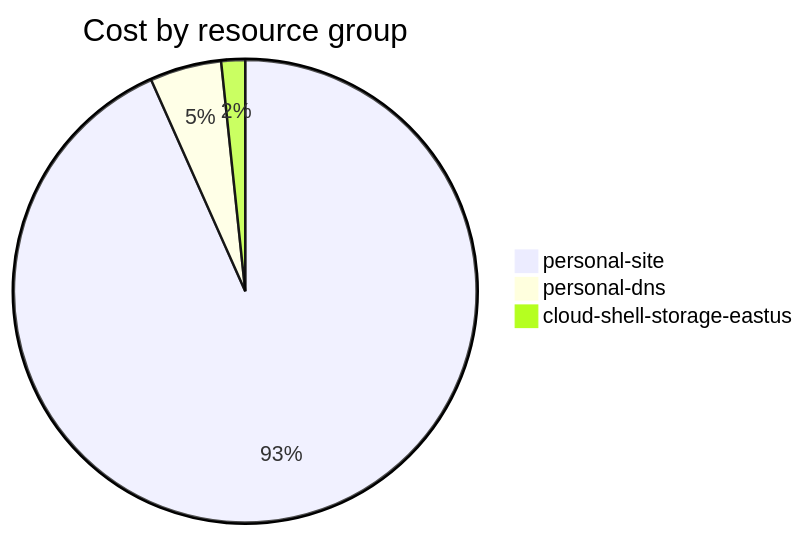
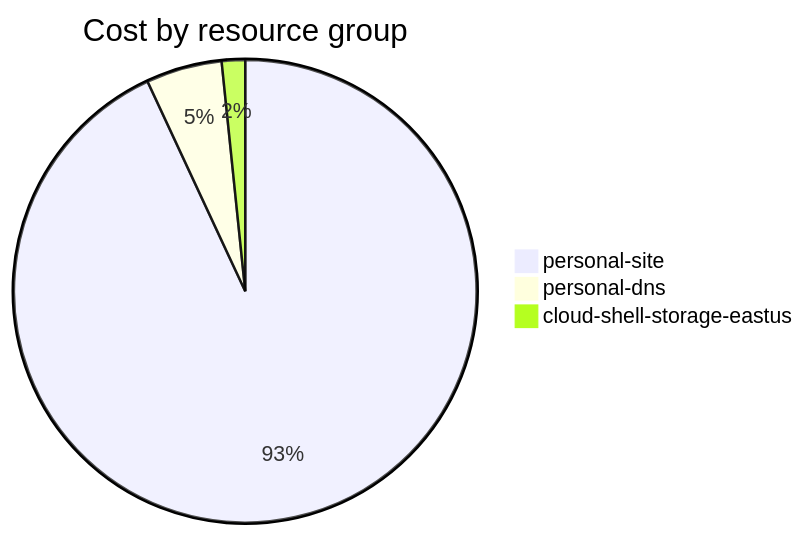
One commit to jpfulton/azure-personal-reports changed the fourth of 4 diagrams in cost-reports/accumulated-cost.md. Above: the diagram before and after it, drawn with Mermaid. The commit also changed other lines of this file and 4 other files, not shown here.

````diff
--- a/cost-reports/accumulated-cost.md
+++ b/cost-reports/accumulated-cost.md
@@ -137,7 +139,7 @@
 ```mermaid
 pie
    title Cost by resource group
-   "personal-site" : 1.68
-   "personal-dns" : 0.09
-   "cloud-shell-storage-eastus" : 0.03
+   "personal-site" : 2.28
+   "personal-dns" : 0.13
+   "cloud-shell-storage-eastus" : 0.04
 ```
````
